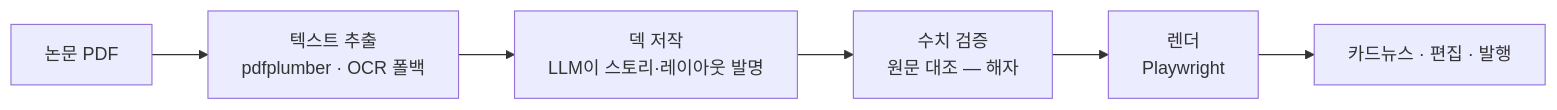
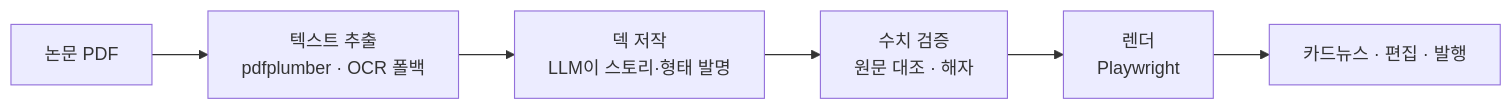
One commit to dbstpgns789-eng/polyinsight changed the diagram in README.md. Above: the diagram before and after it, drawn with Mermaid. The commit also changed other lines of this file and 3 other files, not shown here.

````diff
--- a/README.md
+++ b/README.md
@@ -14,8 +62,8 @@
 ```mermaid
 flowchart LR
     A[논문 PDF] --> B[텍스트 추출<br/>pdfplumber · OCR 폴백]
-    B --> C[덱 저작<br/>LLM이 스토리·레이아웃 발명]
-    C --> D[수치 검증<br/>원문 대조 — 해자]
+    B --> C[덱 저작<br/>LLM이 스토리·형태 발명]
+    C --> D[수치 검증<br/>원문 대조 · 해자]
     D --> E[렌더<br/>Playwright]
     E --> F[카드뉴스 · 편집 · 발행]
 ```
````
